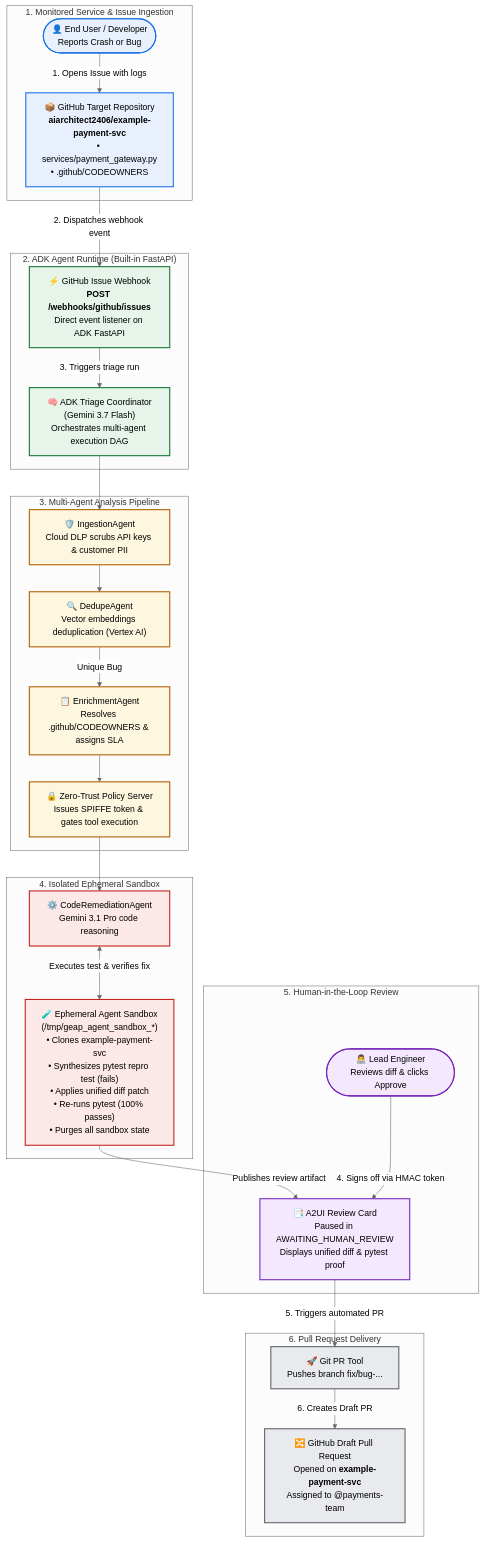
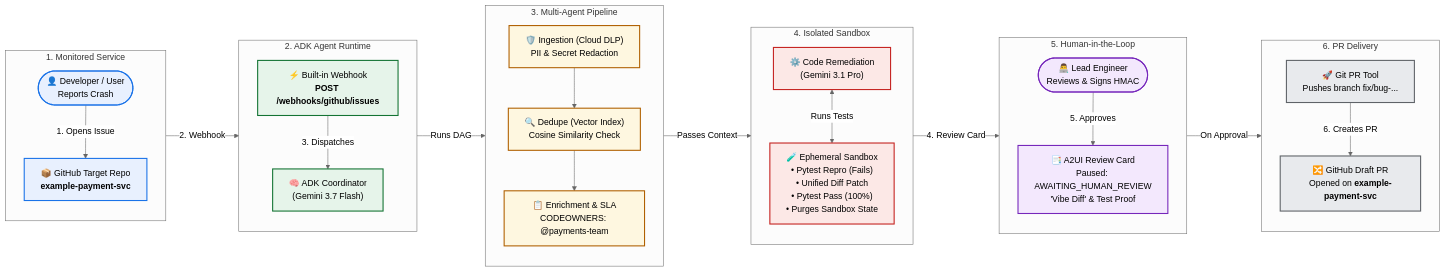
One commit to aiarchitect2406/bugtriage-agent changed the diagram in README.md. Above: the diagram before and after it, drawn with Mermaid (neutral theme).

Commit message:
docs: Update reference architecture diagram to clean horizontal layout

````diff
--- a/README.md
+++ b/README.md
@@ -42,65 +42,65 @@
 ```mermaid
-flowchart TD
+flowchart LR
     classDef repo fill:#e8f0fe,stroke:#1a73e8,stroke-width:2px;
     classDef runtime fill:#e6f4ea,stroke:#137333,stroke-width:2px;
     classDef agents fill:#fef7e0,stroke:#b06000,stroke-width:2px;
     classDef sandbox fill:#fce8e6,stroke:#c5221f,stroke-width:2px;
     classDef hitl fill:#f3e8fd,stroke:#7627bb,stroke-width:2px;
     classDef output fill:#e8eaed,stroke:#5f6368,stroke-width:2px;
 
-    subgraph UserFlow ["1. Monitored Service & Issue Ingestion"]
-        User(["👤 End User / Developer<br/>Reports Crash or Bug"])
-        TargetRepo["📦 GitHub Target Repository<br/><b>aiarchitect2406/example-payment-svc</b><br/>• services/payment_gateway.py<br/>• .github/CODEOWNERS"]
-        User -->|"1. Opens Issue with logs"| TargetRepo
+    subgraph S1["1. Monitored Service"]
+        direction TB
+        User(["👤 Developer / User<br/>Reports Crash"])
+        TargetRepo["📦 GitHub Target Repo<br/><b>example-payment-svc</b>"]
+        User -->|"1. Opens Issue"| TargetRepo
     end
 
-    subgraph IngressLayer ["2. ADK Agent Runtime (Built-in FastAPI)"]
-        WebhookHandler["⚡ GitHub Issue Webhook<br/><b>POST /webhooks/github/issues</b><br/>Direct event listener on ADK FastAPI"]
-        Coordinator["🧠 ADK Triage Coordinator<br/>(Gemini 3.7 Flash)<br/>Orchestrates multi-agent execution DAG"]
-        TargetRepo -->|"2. Dispatches webhook event"| WebhookHandler
-        WebhookHandler -->|"3. Triggers triage run"| Coordinator
+    subgraph S2["2. ADK Agent Runtime"]
+        direction TB
+        Webhook["⚡ Built-in Webhook<br/><b>POST /webhooks/github/issues</b>"]
+        Coordinator["🧠 ADK Coordinator<br/>(Gemini 3.7 Flash)"]
+        Webhook -->|"3. Dispatches"| Coordinator
     end
 
-    subgraph AgentPipeline ["3. Multi-Agent Analysis Pipeline"]
-        DLP["🛡️ IngestionAgent<br/>Cloud DLP scrubs API keys & customer PII"]
-        Dedupe["🔍 DedupeAgent<br/>Vector embeddings deduplication (Vertex AI)"]
-        Ownership["📋 EnrichmentAgent<br/>Resolves .github/CODEOWNERS & assigns SLA"]
-        PolicyServer["🔒 Zero-Trust Policy Server<br/>Issues SPIFFE token & gates tool execution"]
-
-        Coordinator --> DLP
-        DLP --> Dedupe
-        Dedupe -->|"Unique Bug"| Ownership
-        Ownership --> PolicyServer
+    subgraph S3["3. Multi-Agent Pipeline"]
+        direction TB
+        DLP["🛡️ Ingestion (Cloud DLP)<br/>PII & Secret Redaction"]
+        Dedupe["🔍 Dedupe (Vector Index)<br/>Cosine Similarity Check"]
+        Enrich["📋 Enrichment & SLA<br/>CODEOWNERS: @payments-team"]
+        DLP --> Dedupe --> Enrich
     end
 
-    subgraph SandboxLayer ["4. Isolated Ephemeral Sandbox"]
-        Remediation["⚙️ CodeRemediationAgent<br/>Gemini 3.1 Pro code reasoning"]
-        Sandbox["🧪 Ephemeral Agent Sandbox<br/>(/tmp/geap_agent_sandbox_*)<br/>• Clones example-payment-svc<br/>• Synthesizes pytest repro test (fails)<br/>• Applies unified diff patch<br/>• Re-runs pytest (100% passes)<br/>• Purges all sandbox state"]
-
-        PolicyServer --> Remediation
-        Remediation <-->|"Executes test & verifies fix"| Sandbox
+    subgraph S4["4. Isolated Sandbox"]
+        direction TB
+        Remediate["⚙️ Code Remediation<br/>(Gemini 3.1 Pro)"]
+        Sandbox["🧪 Ephemeral Sandbox<br/>• Pytest Repro (Fails)<br/>• Unified Diff Patch<br/>• Pytest Pass (100%)<br/>• Purges Sandbox State"]
+        Remediate <-->|"Runs Tests"| Sandbox
     end
 
-    subgraph HITLLayer ["5. Human-in-the-Loop Review"]
-        A2UICard["📑 A2UI Review Card<br/>Paused in AWAITING_HUMAN_REVIEW<br/>Displays unified diff & pytest proof"]
-        Engineer(["👨‍💻 Lead Engineer<br/>Reviews diff & clicks Approve"])
-
-        Sandbox -->|"Publishes review artifact"| A2UICard
-        Engineer -->|"4. Signs off via HMAC token"| A2UICard
+    subgraph S5["5. Human-in-the-Loop"]
+        direction TB
+        A2UI["📑 A2UI Review Card<br/>Paused: AWAITING_HUMAN_REVIEW<br/>'Vibe Diff' & Test Proof"]
+        Engineer(["👨‍💻 Lead Engineer<br/>Reviews & Signs HMAC"])
+        Engineer -->|"5. Approves"| A2UI
     end
 
-    subgraph EgressLayer ["6. Pull Request Delivery"]
+    subgraph S6["6. PR Delivery"]
+        direction TB
         GitTool["🚀 Git PR Tool<br/>Pushes branch fix/bug-..."]
-        DraftPR["🔀 GitHub Draft Pull Request<br/>Opened on <b>example-payment-svc</b><br/>Assigned to @payments-team"]
-
-        A2UICard -->|"5. Triggers automated PR"| GitTool
-        GitTool -->|"6. Creates Draft PR"| DraftPR
+        DraftPR["🔀 GitHub Draft PR<br/>Opened on <b>example-payment-svc</b>"]
+        GitTool -->|"6. Creates PR"| DraftPR
     end
 
+    TargetRepo -->|"2. Webhook"| Webhook
+    Coordinator -->|"Runs DAG"| DLP
+    Enrich -->|"Passes Context"| Remediate
+    Sandbox -->|"4. Review Card"| A2UI
+    A2UI -->|"On Approval"| GitTool
+
     class User,TargetRepo repo;
-    class WebhookHandler,Coordinator runtime;
-    class DLP,Dedupe,Ownership,PolicyServer agents;
-    class Remediation,Sandbox sandbox;
-    class A2UICard,Engineer hitl;
+    class Webhook,Coordinator runtime;
+    class DLP,Dedupe,Enrich agents;
+    class Remediate,Sandbox sandbox;
+    class A2UI,Engineer hitl;
     class GitTool,DraftPR output;
 ```
````
